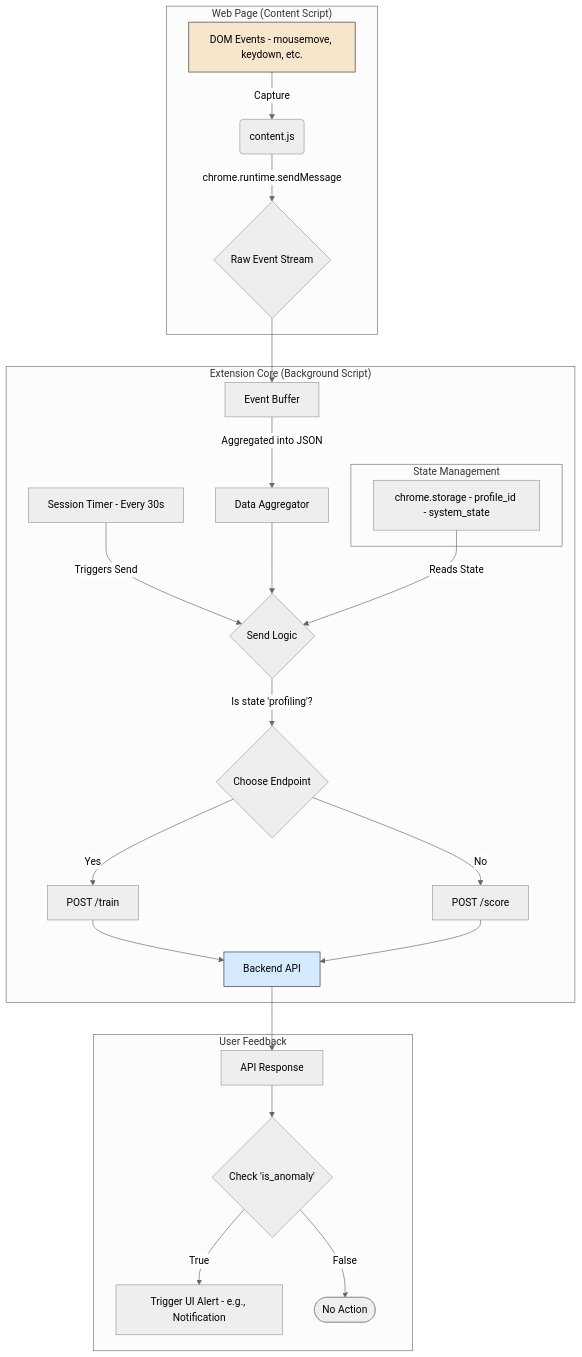
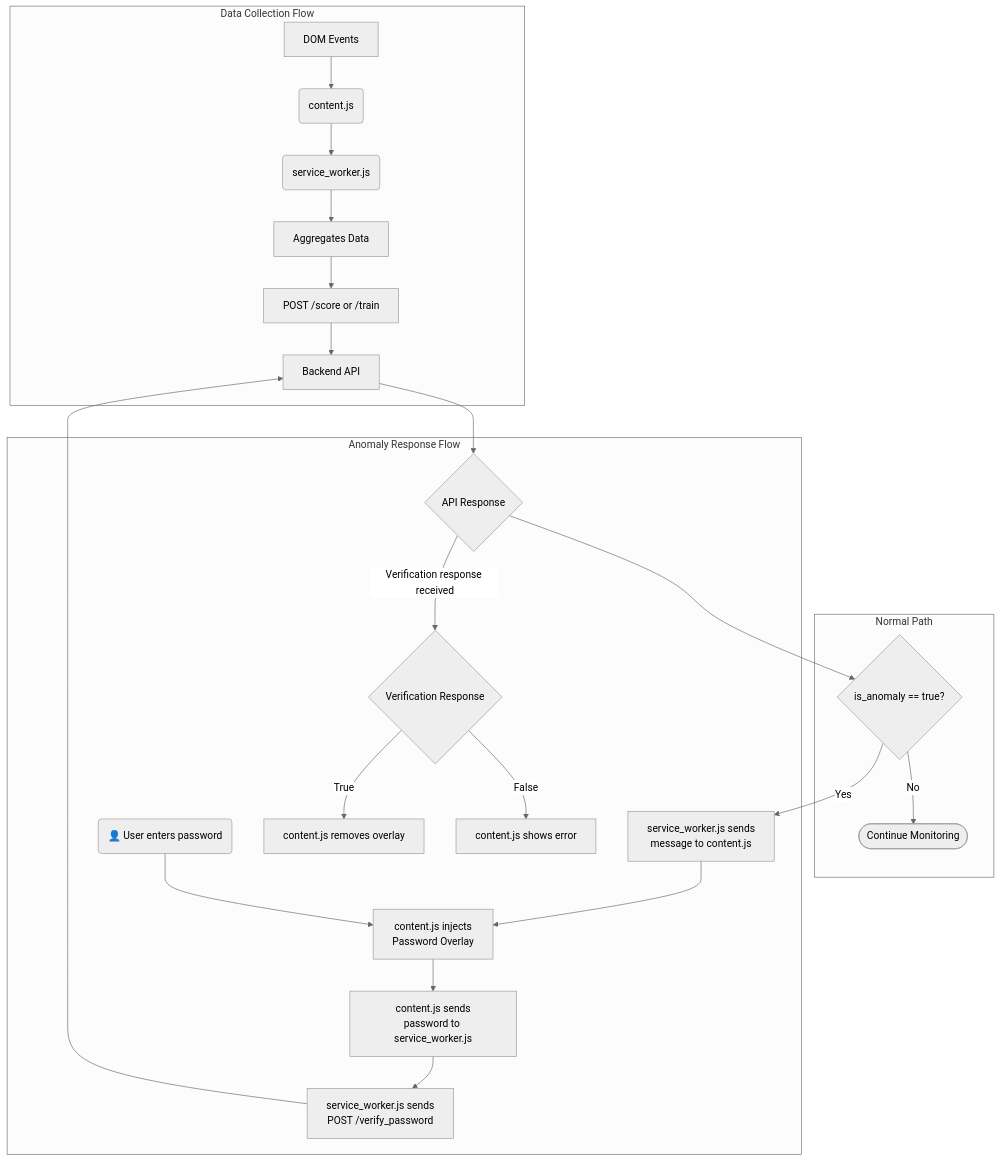
Before and after one commit to Sureinity/maxidom: the diagram in docs/06_FRONTEND_CHROME_EXTENSION.md, drawn with Mermaid (neutral theme). The commit also changed other lines of this file and 6 other files, not shown here.

Commit message:
docs: add password prompt response and /enroll/ endpoint for verification password setup

````diff
--- a/docs/06_FRONTEND_CHROME_EXTENSION.md
+++ b/docs/06_FRONTEND_CHROME_EXTENSION.md
@@ -62,39 +69,29 @@
 ```mermaid
 graph TD
-    subgraph "Web Page (Content Script)"
-        A["DOM Events - mousemove, keydown, etc."] -->|Capture| B(content.js)
-        B -->|chrome.runtime.sendMessage| C{Raw Event Stream}
+    subgraph "Data Collection Flow"
+        A[DOM Events] --> B(content.js);
+        B --> C(service_worker.js);
+        C --> D[Aggregates Data];
+        D --> E[POST /score or /train];
+        E --> F[Backend API];
+    end
+    
+    F --> G{API Response};
+    G --> H{is_anomaly == true?};
+    
+    subgraph "Normal Path"
+        H -- "No" --> I([Continue Monitoring]);
     end
 
-    subgraph "Extension Core (Background Script)"
-        C --> D[Event Buffer]
-        D -->|Aggregated into JSON| E[Data Aggregator]
-        
-        subgraph "State Management"
-            F["chrome.storage - profile_id - system_state"]
-        end
-
-        G["Session Timer - Every 30s"] -->|Triggers Send| H{Send Logic}
-        
-        E --> H
-        F -->|Reads State| H
-
-        H -- "Is state 'profiling'?" --> I{Choose Endpoint}
-        I -- "Yes" --> J[POST /train]
-        I -- "No" --> K[POST /score]
-
-        J --> L[Backend API]
-        K --> L[Backend API]
+    subgraph "Anomaly Response Flow"
+        H -- "Yes" --> J[service_worker.js sends<br>message to content.js];
+        J --> K[content.js injects<br>Password Overlay];
+        L(👤 User enters password) --> K;
+        K --> M[content.js sends<br>password to service_worker.js];
+        M --> N[service_worker.js sends<br>POST /verify_password];
+        N --> F;
+        G --> |"Verification response received"| O{Verification Response};
+        O -- "True" --> P[content.js removes overlay];
+        O -- "False" --> Q[content.js shows error];
     end
-
-    subgraph "User Feedback"
-        M[API Response] --> N{Check 'is_anomaly'}
-        N -- "True" --> O[Trigger UI Alert - e.g., Notification]
-        N -- "False" --> P([No Action])
-    end
-
-    L --> M
-
-    style A fill:#f5e6cc,stroke:#333
-    style L fill:#d6eaff,stroke:#333
 ```
````
